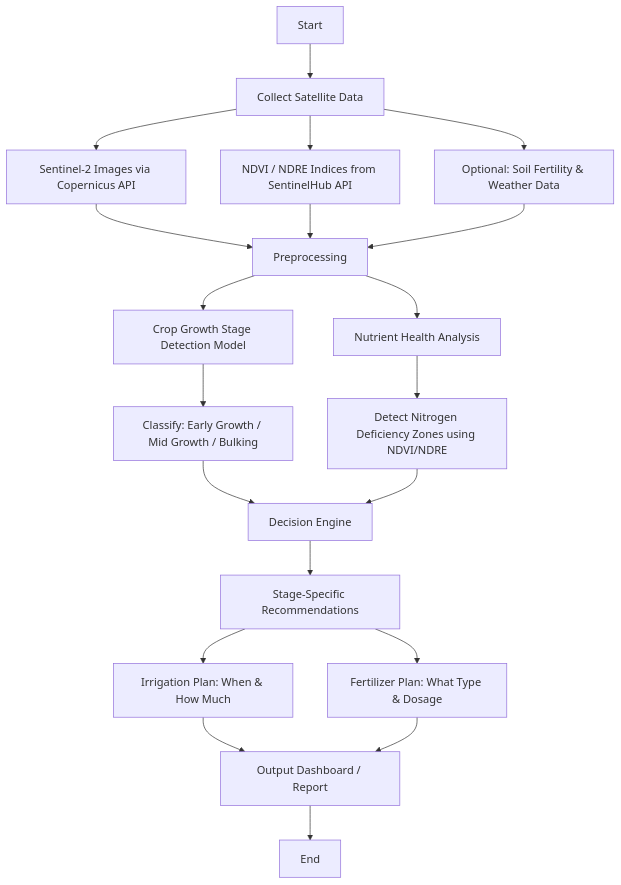
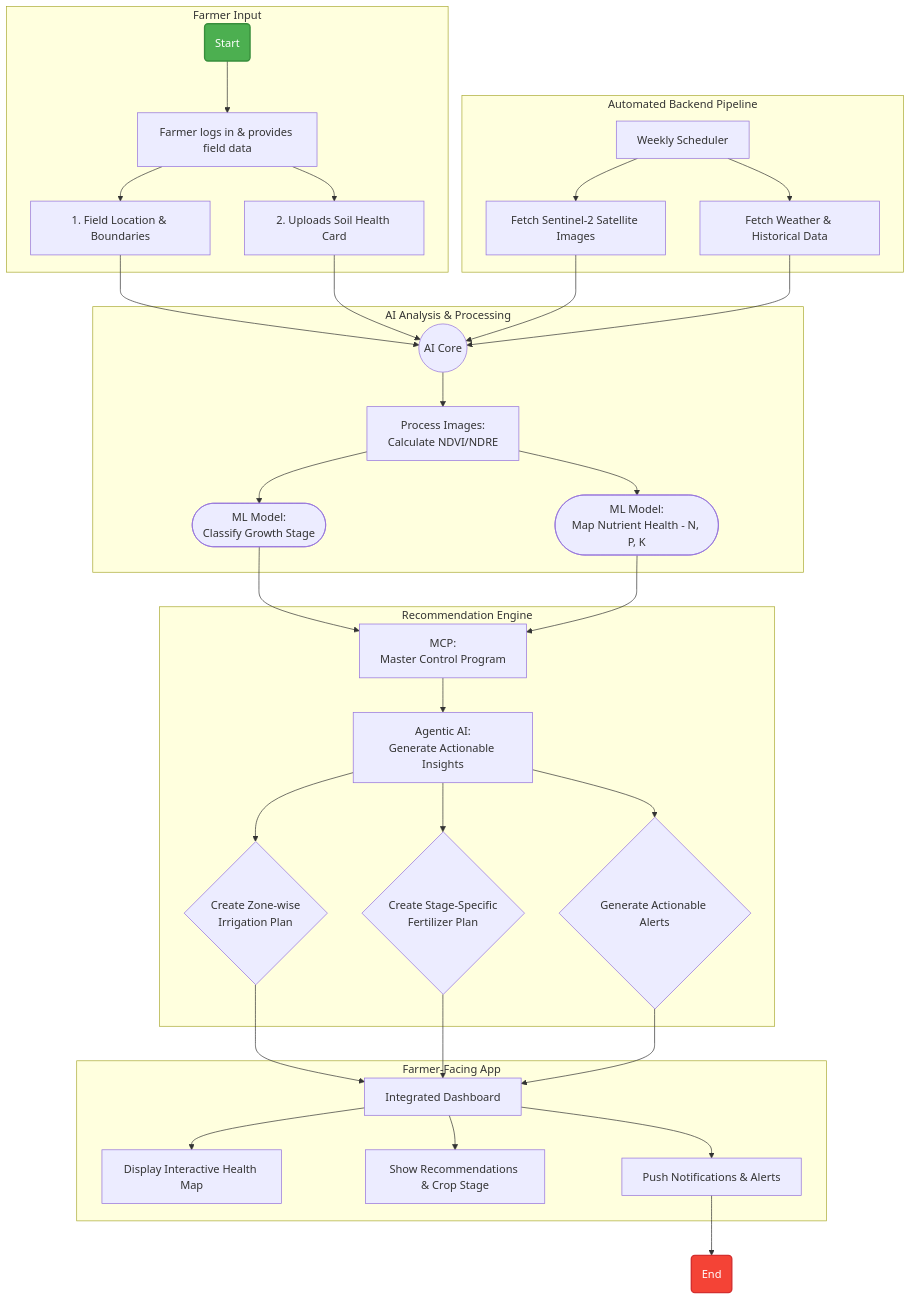
Before and after one commit to Anchit-04/Datasprint-Hackathon: the diagram in README.md, drawn with Mermaid.

````diff
--- a/README.md
+++ b/README.md
@@ -40,28 +40,57 @@
 ```mermaid
 flowchart TD
-    A[Start] --> B[Collect Satellite Data]
-    B --> B1[Sentinel-2 Images via Copernicus API]
-    B --> B2[NDVI / NDRE Indices from SentinelHub API]
-    B --> B3[Optional: Soil Fertility & Weather Data]
+  %% Farmer Input
+  subgraph Farmer_Input [Farmer Input]
+    A(Start) --> B[Farmer logs in & provides field data]
+    B --> C[1. Field Location & Boundaries]
+    B --> D[2. Uploads Soil Health Card]
+  end
 
-    B1 --> C[Preprocessing]
-    B2 --> C
-    B3 --> C
+  %% Automated Backend Pipeline
+  subgraph Backend_Pipeline [Automated Backend Pipeline]
+    E[Weekly Scheduler]
+    E --> F[Fetch Sentinel-2 Satellite Images]
+    E --> G[Fetch Weather & Historical Data]
+  end
 
-    C --> D[Crop Growth Stage Detection Model]
-    D --> D1[Classify: Early Growth / Mid Growth / Bulking]
+  %% AI Analysis & Processing
+  subgraph AI_Analysis [AI Analysis & Processing]
+    H((AI Core))
+    C --> H
+    D --> H
+    F --> H
+    G --> H
+    H --> I[Process Images:<br>Calculate NDVI/NDRE]
+    I --> J([ML Model:<br>Classify Growth Stage])
+    I --> K([ML Model:<br>Map Nutrient Health - N, P, K])
+  end
 
-    C --> E[Nutrient Health Analysis]
-    E --> E1[Detect Nitrogen Deficiency Zones using NDVI/NDRE]
+  %% Recommendation Engine
+  subgraph Recommendation_Engine [Recommendation Engine]
+    L[MCP:<br>Master Control Program]
+    J --> L
+    K --> L
+    L --> M[Agentic AI:<br>Generate Actionable Insights]
+    M --> N{Create Zone-wise<br>Irrigation Plan}
+    M --> O{Create Stage-Specific<br>Fertilizer Plan}
+    M --> P{Generate Actionable Alerts}
+  end
 
-    D1 --> F[Decision Engine]
-    E1 --> F
+  %% Farmer-Facing App
+  subgraph Farmer_App [Farmer-Facing App]
+    Q[Integrated Dashboard]
+    N --> Q
+    O --> Q
+    P --> Q
+    Q --> R[Display Interactive Health Map]
+    Q --> S[Show Recommendations & Crop Stage]
+    Q --> T[Push Notifications & Alerts]
+  end
 
-    F --> G[Stage-Specific Recommendations]
-    G --> G1[Irrigation Plan: When & How Much]
-    G --> G2[Fertilizer Plan: What Type & Dosage]
+  T --> U(End)
 
-    G1 --> H[Output Dashboard / Report]
-    G2 --> H
-    H --> I[End]
+  %% Styling for start & end
+  style A fill:#4CAF50,color:#fff,stroke:#388E3C,stroke-width:2px
+  style U fill:#F44336,color:#fff,stroke:#D32F2F,stroke-width:2px
+
 ```
````
